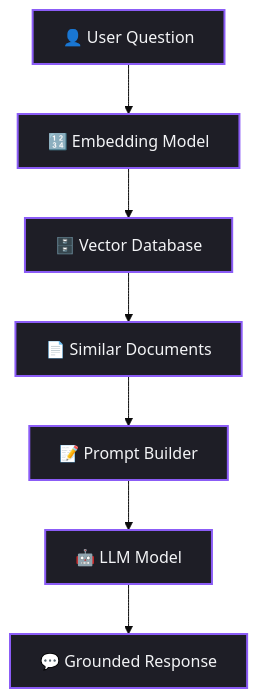
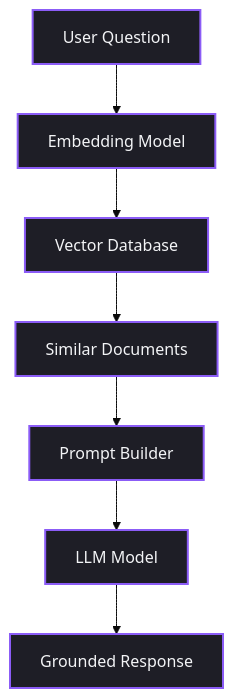
The second of 5 diagrams in handbook/chapter_32.md (Rabetul-islam-asif/AI-Hand-Book), drawn with Mermaid (base theme) before and after one commit. The commit also changed other lines of this file and 1 other file, not shown here.

````diff
--- a/handbook/chapter_32.md
+++ b/handbook/chapter_32.md
@@ -111,10 +111,10 @@
 ```mermaid
 flowchart TD
-    A["👤 User Question"] --> B["🔢 Embedding Model"]
-    B --> C["🗄️ Vector Database"]
-    C --> D["📄 Similar Documents"]
-    D --> E["📝 Prompt Builder"]
-    E --> F["🤖 LLM Model"]
-    F --> G["💬 Grounded Response"]
+    A[" User Question"] --> B[" Embedding Model"]
+    B --> C[" Vector Database"]
+    C --> D[" Similar Documents"]
+    D --> E[" Prompt Builder"]
+    E --> F[" LLM Model"]
+    F --> G[" Grounded Response"]
     classDef default fill:#1E1E26,stroke:#8B5CF6,stroke-width:2px,color:#F3F4F6;
 ```
````
